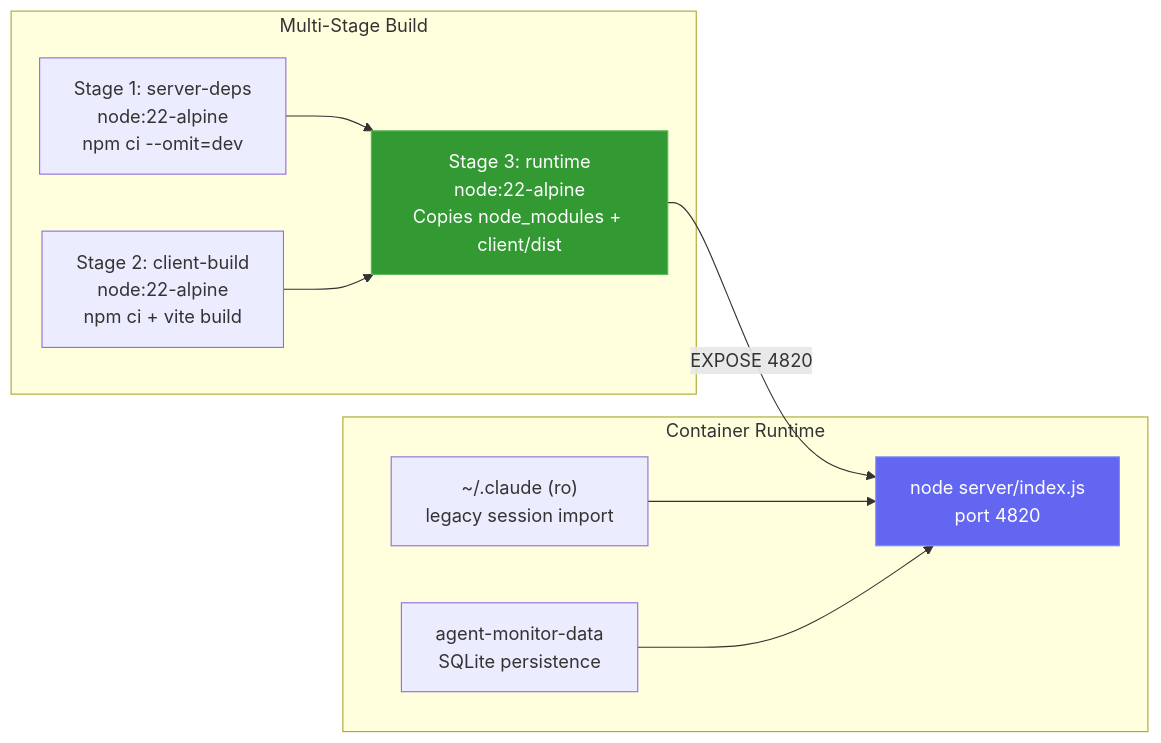
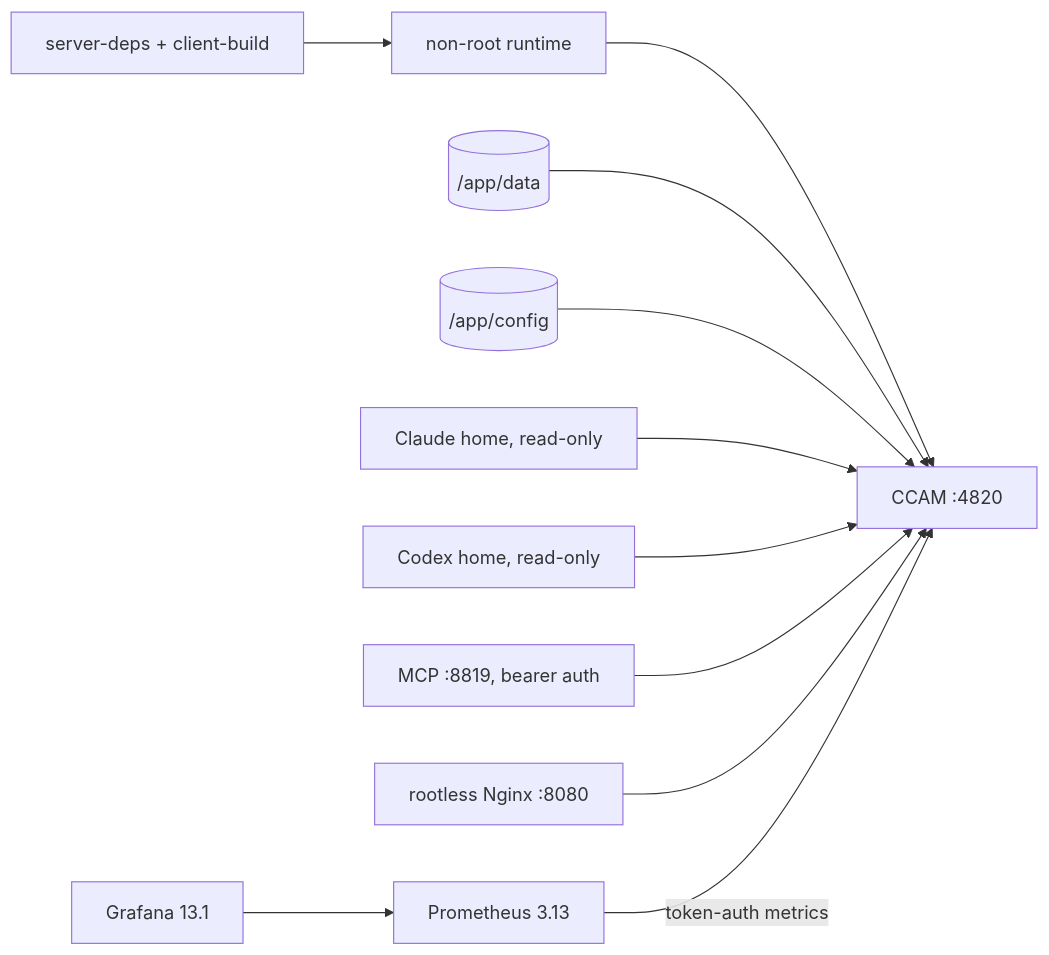
Diagram 43 of 45 in ARCHITECTURE.md (CorentinPa/Claude-Code-Agent-Monitor), drawn with Mermaid before and after one commit. The commit also changed other lines of this file and 206 other files, not shown here.

````diff
--- a/ARCHITECTURE.md
+++ b/ARCHITECTURE.md
@@ -2568,21 +2570,13 @@
 ```mermaid
-graph LR
-    subgraph "Multi-Stage Build"
-        S1["Stage 1: server-deps\nnode:22-alpine\nnpm ci --omit=dev"]
-        S2["Stage 2: client-build\nnode:22-alpine\nnpm ci + vite build"]
-        S3["Stage 3: runtime\nnode:22-alpine\nCopies node_modules + client/dist"]
-        S1 --> S3
-        S2 --> S3
-    end
-
-    subgraph "Container Runtime"
-        VOL1["~/.claude (ro)\nlegacy session import"]
-        VOL2["agent-monitor-data\nSQLite persistence"]
-        S3 -->|"EXPOSE 4820"| SRV["node server/index.js\nport 4820"]
-        VOL1 --> SRV
-        VOL2 --> SRV
-    end
-
-    style S3 fill:#339933,stroke:#5cb85c,color:#fff
-    style SRV fill:#6366f1,stroke:#818cf8,color:#fff
+flowchart LR
+  BUILD["server-deps + client-build"] --> RUNTIME["non-root runtime"]
+  RUNTIME --> APP["CCAM :4820"]
+  DATA[("/app/data")] --> APP
+  CONFIG[("/app/config")] --> APP
+  CLAUDE["Claude home, read-only"] --> APP
+  CODEX["Codex home, read-only"] --> APP
+  MCP["MCP :8819, bearer auth"] --> APP
+  EDGE["rootless Nginx :8080"] --> APP
+  PROM["Prometheus 3.13"] -->|"token-auth metrics"| APP
+  GRAFANA["Grafana 13.1"] --> PROM
 ```
````
